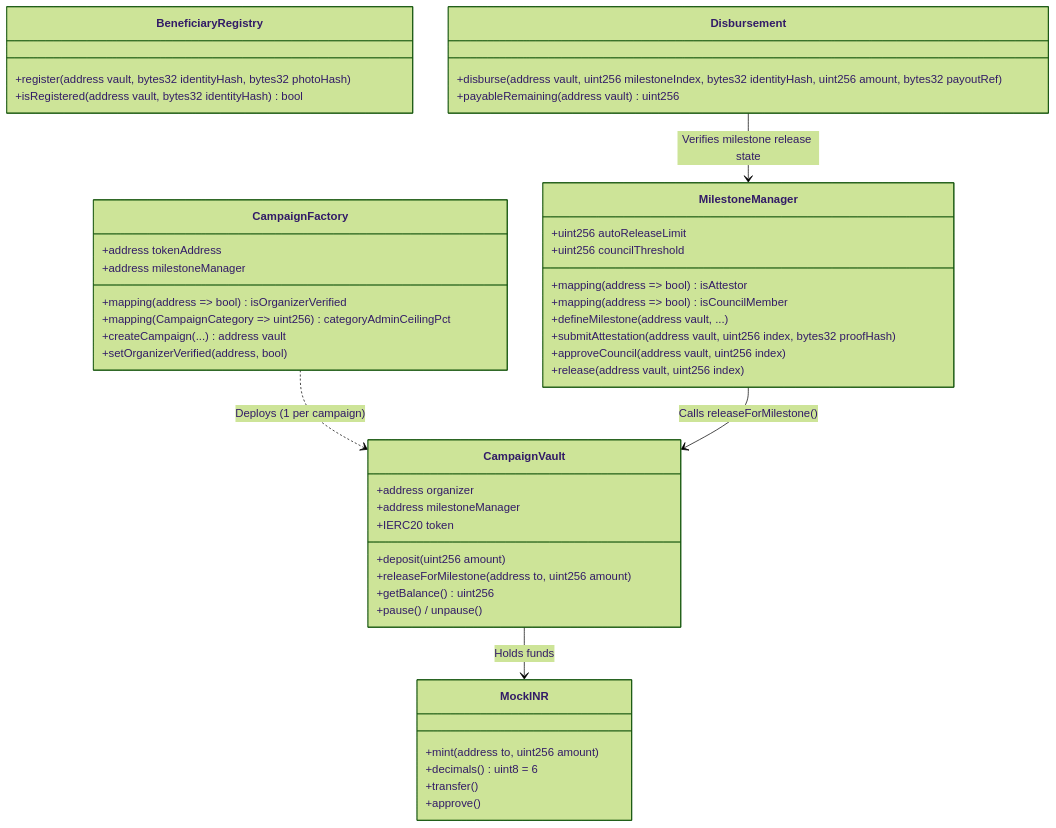
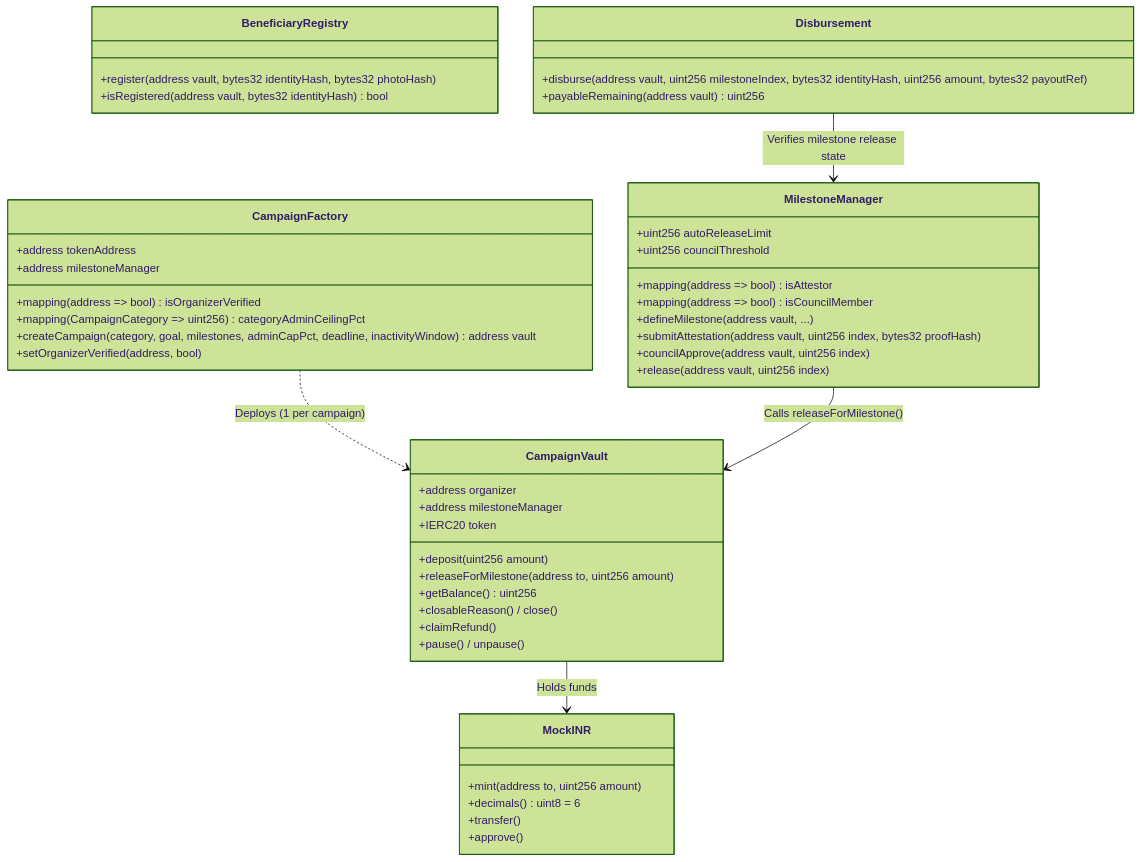
Before and after one commit to Macbeth1501/VERA-Verified-Excrow-Releif-Architecture: the second of 5 diagrams in docs/Technical_Details.md, drawn with Mermaid (forest theme). The commit also changed other lines of this file and 189 other files, not shown here.

First line of the commit message:
Add admin council limit and threshold controls, attestor-verified beneficiaries, and the V2 registry and disbursement contracts

````diff
--- a/docs/Technical_Details.md
+++ b/docs/Technical_Details.md
@@ -82,54 +82,56 @@
 ```mermaid
 classDiagram
     class MockINR {
         +mint(address to, uint256 amount)
         +decimals() uint8 = 6
         +transfer()
         +approve()
     }
 
     class CampaignFactory {
         +address tokenAddress
         +address milestoneManager
         +mapping(address => bool) isOrganizerVerified
         +mapping(CampaignCategory => uint256) categoryAdminCeilingPct
-        +createCampaign(...) address vault
+        +createCampaign(category, goal, milestones, adminCapPct, deadline, inactivityWindow) address vault
         +setOrganizerVerified(address, bool)
     }
 
     class CampaignVault {
         +address organizer
         +address milestoneManager
         +IERC20 token
         +deposit(uint256 amount)
         +releaseForMilestone(address to, uint256 amount)
         +getBalance() uint256
+        +closableReason() / close()
+        +claimRefund()
         +pause() / unpause()
     }
 
     class MilestoneManager {
         +uint256 autoReleaseLimit
         +uint256 councilThreshold
         +mapping(address => bool) isAttestor
         +mapping(address => bool) isCouncilMember
         +defineMilestone(address vault, ...)
         +submitAttestation(address vault, uint256 index, bytes32 proofHash)
-        +approveCouncil(address vault, uint256 index)
+        +councilApprove(address vault, uint256 index)
         +release(address vault, uint256 index)
     }
 
     class BeneficiaryRegistry {
         +register(address vault, bytes32 identityHash, bytes32 photoHash)
         +isRegistered(address vault, bytes32 identityHash) bool
     }
 
     class Disbursement {
         +disburse(address vault, uint256 milestoneIndex, bytes32 identityHash, uint256 amount, bytes32 payoutRef)
         +payableRemaining(address vault) uint256
     }
 
     CampaignFactory ..> CampaignVault : Deploys (1 per campaign)
     CampaignVault --> MockINR : Holds funds
     MilestoneManager --> CampaignVault : Calls releaseForMilestone()
     Disbursement --> MilestoneManager : Verifies milestone release state
 ```
````
